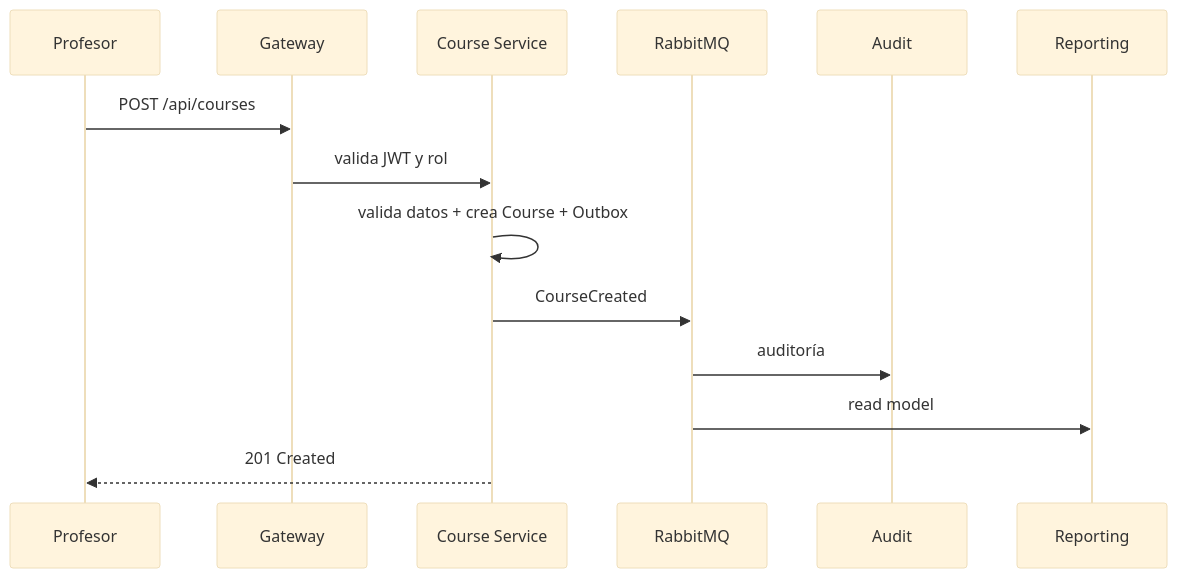
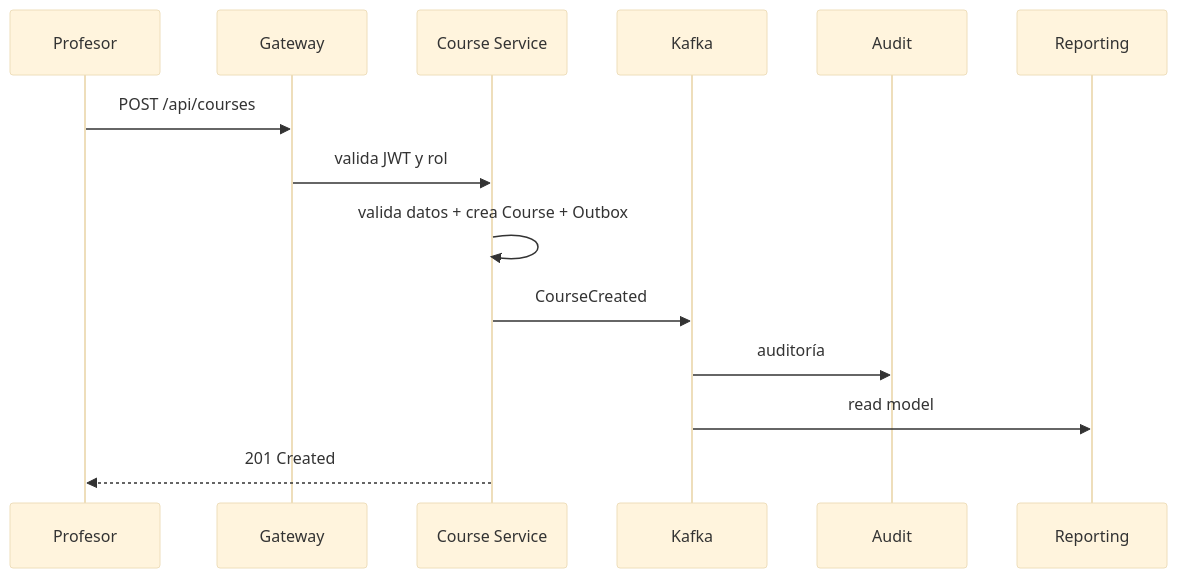
One commit to 2W2-114324-Carballo-Juarez-Mateo/backoffice-docs changed the fourth of 5 diagrams in docs/arquitectura/comunicacion.md. Above: the diagram before and after it, drawn with Mermaid (base theme). The commit also changed other lines of this file and 12 other files, not shown here.

````diff
--- a/docs/arquitectura/comunicacion.md
+++ b/docs/arquitectura/comunicacion.md
@@ -114,17 +126,17 @@
 ```mermaid
 sequenceDiagram
     participant P as Profesor
     participant GW as Gateway
     participant CS as Course Service
-    participant RQ as RabbitMQ
+    participant K as Kafka
     participant AU as Audit
     participant RP as Reporting
 
     P->>GW: POST /api/courses
     GW->>CS: valida JWT y rol
     CS->>CS: valida datos + crea Course + Outbox
-    CS->>RQ: CourseCreated
-    RQ->>AU: auditoría
-    RQ->>RP: read model
+    CS->>K: CourseCreated
+    K->>AU: auditoría
+    K->>RP: read model
     CS-->>P: 201 Created
 ```
````
